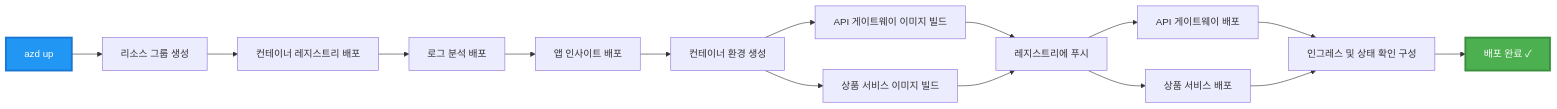
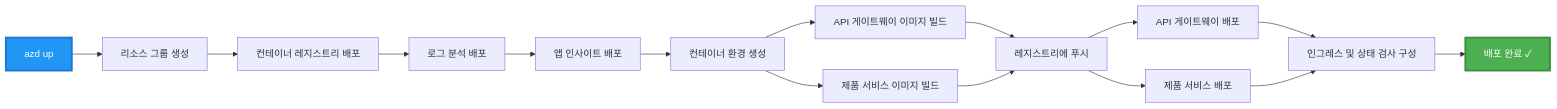
Before and after one commit to microsoft/AZD-for-beginners: the third of 4 diagrams in translations/ko/examples/microservices/README.md, drawn with Mermaid. The commit also changed other lines of this file and 242 other files, not shown here.

````diff
--- a/translations/ko/examples/microservices/README.md
+++ b/translations/ko/examples/microservices/README.md
@@ -242,20 +233,20 @@
 ```mermaid
 graph LR
     A[azd up] --> B[리소스 그룹 생성]
     B --> C[컨테이너 레지스트리 배포]
     C --> D[로그 분석 배포]
     D --> E[앱 인사이트 배포]
     E --> F[컨테이너 환경 생성]
     F --> G[API 게이트웨이 이미지 빌드]
-    F --> H[상품 서비스 이미지 빌드]
+    F --> H[제품 서비스 이미지 빌드]
     G --> I[레지스트리에 푸시]
     H --> I
     I --> J[API 게이트웨이 배포]
-    I --> K[상품 서비스 배포]
-    J --> L[인그레스 및 상태 확인 구성]
+    I --> K[제품 서비스 배포]
+    J --> L[인그레스 및 상태 검사 구성]
     K --> L
     L --> M[배포 완료 ✓]
     
     style A fill:#2196F3,stroke:#1976D2,stroke-width:3px,color:#fff
     style M fill:#4CAF50,stroke:#388E3C,stroke-width:3px,color:#fff
 ```
````
